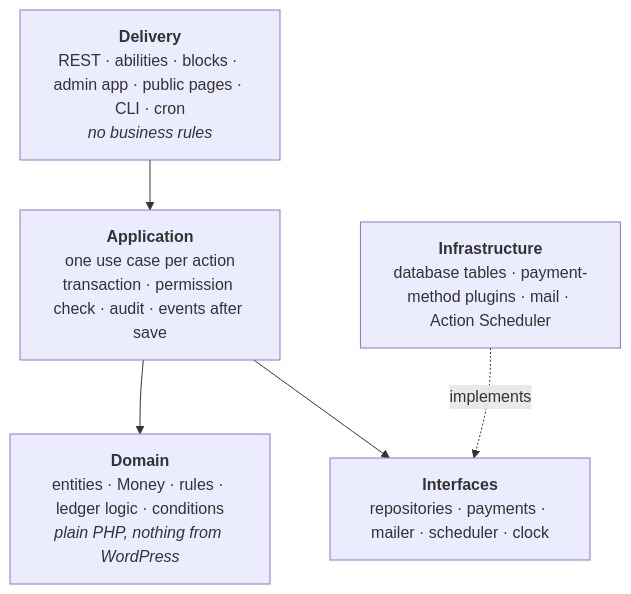
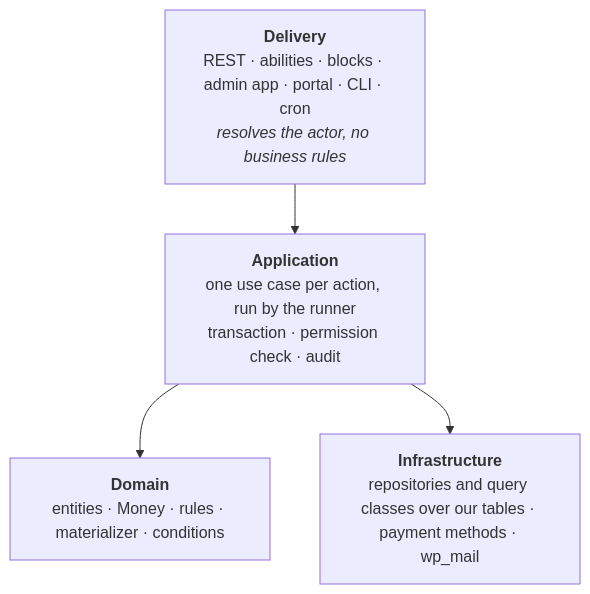
The first of 7 diagrams in docs/architecture.md (reformatus/kalaka), drawn with Mermaid before and after one commit. The commit also changed other lines of this file, not shown here.

First line of the commit message:
Architecture: update to decisions D-039 to D-077

````diff
--- a/docs/architecture.md
+++ b/docs/architecture.md
@@ -41,12 +45,10 @@
 ```mermaid
 flowchart TB
-  D["<b>Delivery</b><br/>REST · abilities · blocks · admin app · public pages · CLI · cron<br/><i>no business rules</i>"]
-  A["<b>Application</b><br/>one use case per action<br/>transaction · permission check · audit · events after save"]
-  M["<b>Domain</b><br/>entities · Money · rules · ledger logic · conditions<br/><i>plain PHP, nothing from WordPress</i>"]
-  P["<b>Interfaces</b><br/>repositories · payments · mailer · scheduler · clock"]
-  I["<b>Infrastructure</b><br/>database tables · payment-method plugins · mail · Action Scheduler"]
+  D["<b>Delivery</b><br/>REST · abilities · blocks · admin app · portal · CLI · cron<br/><i>resolves the actor, no business rules</i>"]
+  A["<b>Application</b><br/>one use case per action, run by the runner<br/>transaction · permission check · audit"]
+  M["<b>Domain</b><br/>entities · Money · rules · materializer · conditions"]
+  I["<b>Infrastructure</b><br/>repositories and query classes over our tables · payment methods · wp_mail"]
   D --> A
   A --> M
-  A --> P
-  I -. implements .-> P
+  A --> I
 ```
````
